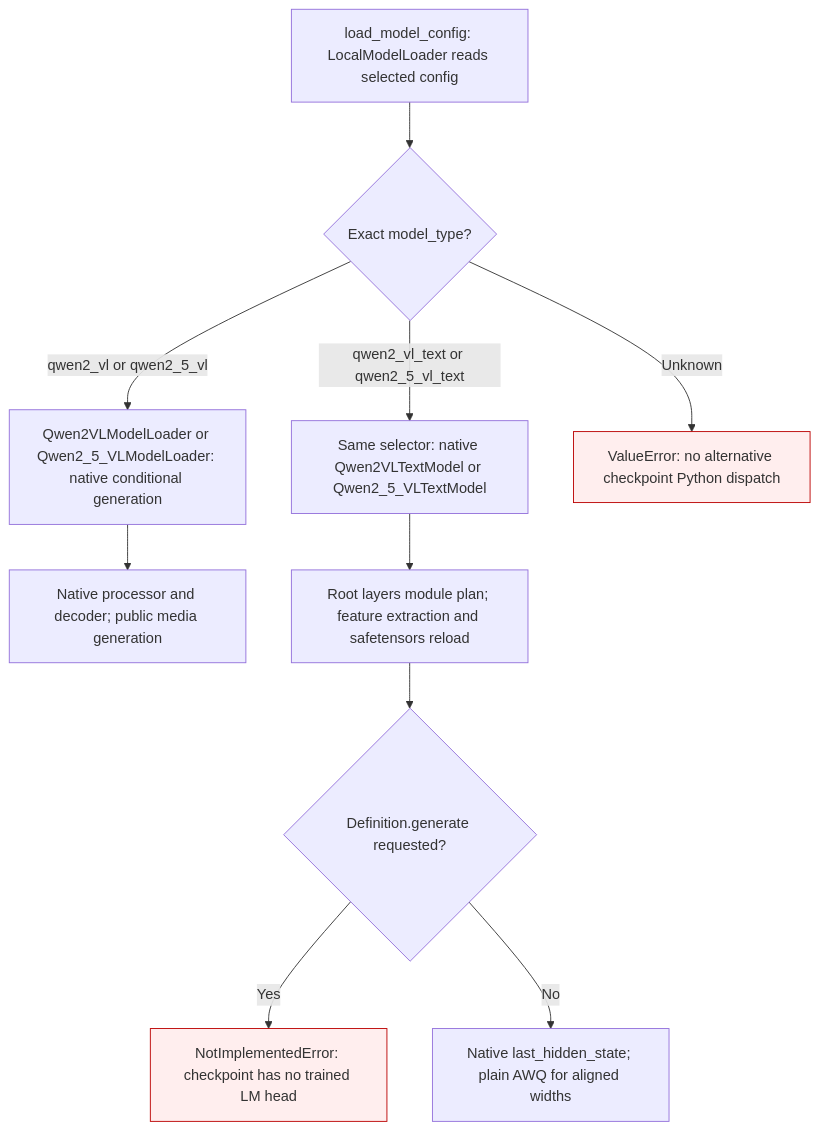
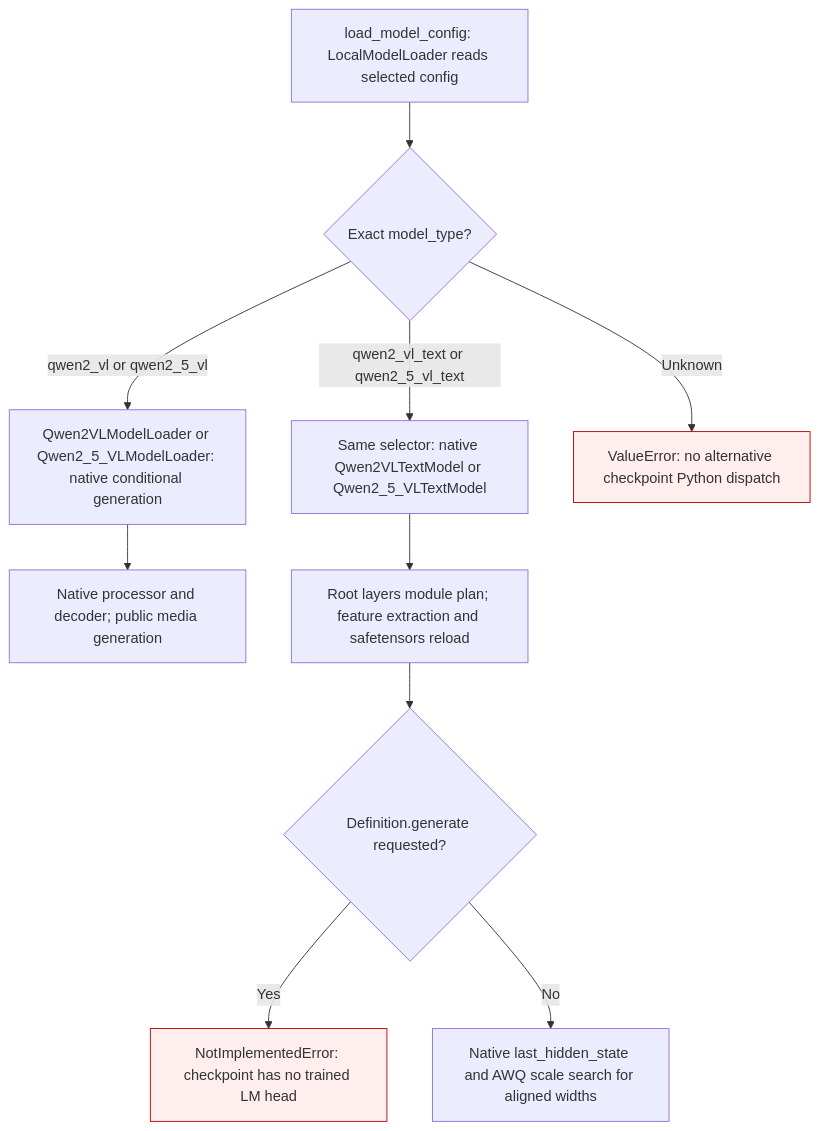
Before and after one commit to ModelCloud/GPTQModel: diagram 30 of 34 in docs/transformers5-model-ports.md, drawn with Mermaid. The commit also changed other lines of this file and 53 other files, not shown here.

````diff
--- a/docs/transformers5-model-ports.md
+++ b/docs/transformers5-model-ports.md
@@ -1530,14 +1527,14 @@
 ```mermaid
 flowchart TD
     A["load_model_config: LocalModelLoader reads selected config"] --> B{"Exact model_type?"}
     B -->|qwen2_vl or qwen2_5_vl| C["Qwen2VLModelLoader or Qwen2_5_VLModelLoader: native conditional generation"]
     B -->|qwen2_vl_text or qwen2_5_vl_text| D["Same selector: native Qwen2VLTextModel or Qwen2_5_VLTextModel"]
     B -->|Unknown| X["ValueError: no alternative checkpoint Python dispatch"]
     C --> E["Native processor and decoder; public media generation"]
     D --> F["Root layers module plan; feature extraction and safetensors reload"]
     F --> G{"Definition.generate requested?"}
     G -->|Yes| Y["NotImplementedError: checkpoint has no trained LM head"]
-    G -->|No| H["Native last_hidden_state; plain AWQ for aligned widths"]
+    G -->|No| H["Native last_hidden_state and AWQ scale search for aligned widths"]
     classDef fail fill:#fee,stroke:#b00
     class X,Y fail
 ```
````
